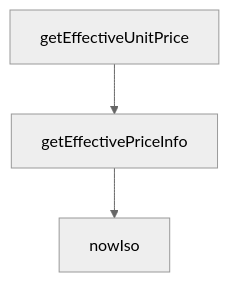
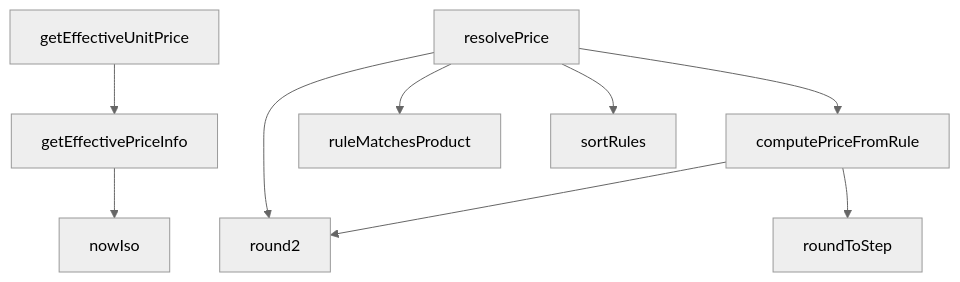
Before and after one commit to peckop/venthub-hvac-esite: the diagram in src/lib/services/pricing.service.md, drawn with Mermaid (neutral theme). The commit also changed other lines of this file and 6 other files, not shown here.

First line of the commit message:
feat(pricing): W1b resolvePrice() çözücüsü + birim testleri (T001-VH)

````diff
--- a/src/lib/services/pricing.service.md
+++ b/src/lib/services/pricing.service.md
@@ -107,8 +296,20 @@
 ```mermaid
 graph TD
+    pricing_service_ts__computePriceFromRule["computePriceFromRule"]
     pricing_service_ts__getEffectivePriceInfo["getEffectivePriceInfo"]
     pricing_service_ts__getEffectiveUnitPrice["getEffectiveUnitPrice"]
     pricing_service_ts__nowIso["nowIso"]
+    pricing_service_ts__resolvePrice["resolvePrice"]
+    pricing_service_ts__round2["round2"]
+    pricing_service_ts__roundToStep["roundToStep"]
+    pricing_service_ts__ruleMatchesProduct["ruleMatchesProduct"]
+    pricing_service_ts__sortRules["sortRules"]
+    pricing_service_ts__computePriceFromRule --> pricing_service_ts__roundToStep
+    pricing_service_ts__resolvePrice --> pricing_service_ts__ruleMatchesProduct
+    pricing_service_ts__computePriceFromRule --> pricing_service_ts__round2
+    pricing_service_ts__resolvePrice --> pricing_service_ts__round2
+    pricing_service_ts__getEffectivePriceInfo --> pricing_service_ts__nowIso
+    pricing_service_ts__resolvePrice --> pricing_service_ts__computePriceFromRule
+    pricing_service_ts__resolvePrice --> pricing_service_ts__sortRules
     pricing_service_ts__getEffectiveUnitPrice --> pricing_service_ts__getEffectivePriceInfo
-    pricing_service_ts__getEffectivePriceInfo --> pricing_service_ts__nowIso
 ```
````
